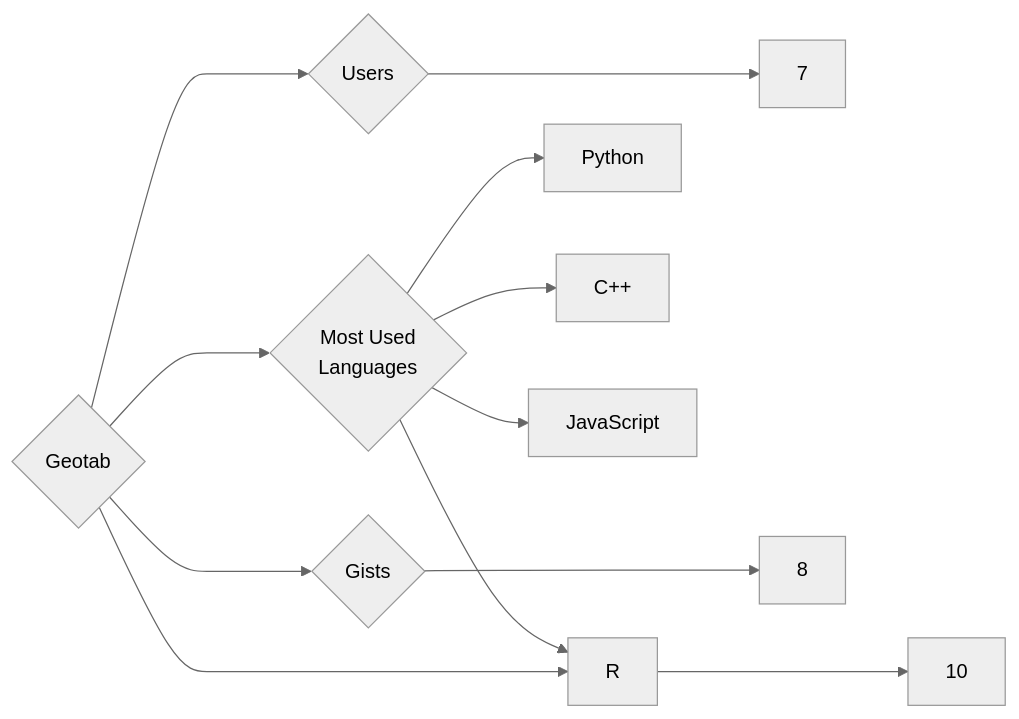
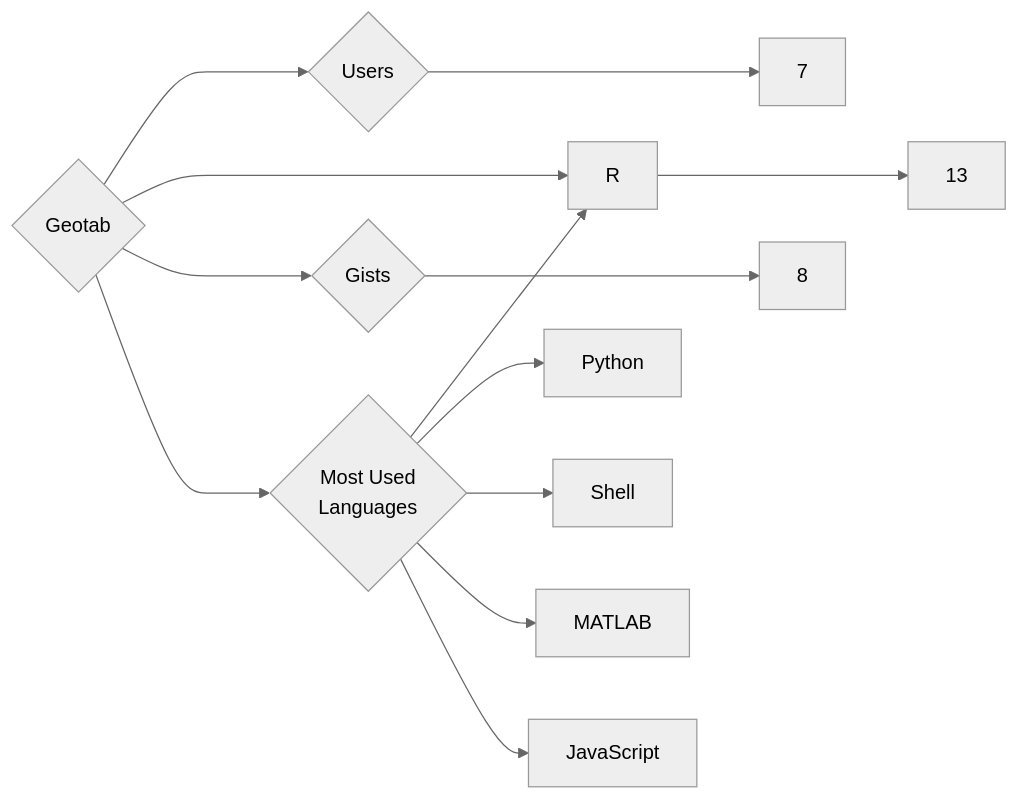
One commit to trickest/insiders changed the diagram in targets/Geotab/README.md. Above: the diagram before and after it, drawn with Mermaid (neutral theme). The commit also changed 998 other files, not shown here.

````diff
--- a/targets/Geotab/README.md
+++ b/targets/Geotab/README.md
@@ -3,12 +3,13 @@
 ```mermaid
 graph LR
 COMPANY_NAME{Geotab}
 COMPANY_NAME ---> U{Users} ---> UN[7]
-COMPANY_NAME ---> R{Repositories} ---> RN[10]
+COMPANY_NAME ---> R{Repositories} ---> RN[13]
 COMPANY_NAME ---> G{Gists} ---> GN[8]
 COMPANY_NAME ---> ML{Most Used<br>Languages}
+ML --> R[R]
 ML --> Python[Python]
-ML --> C++[C++]
-ML --> R[R]
+ML --> Shell[Shell]
+ML --> MATLAB[MATLAB]
 ML --> JavaScript[JavaScript]
 ```
````
